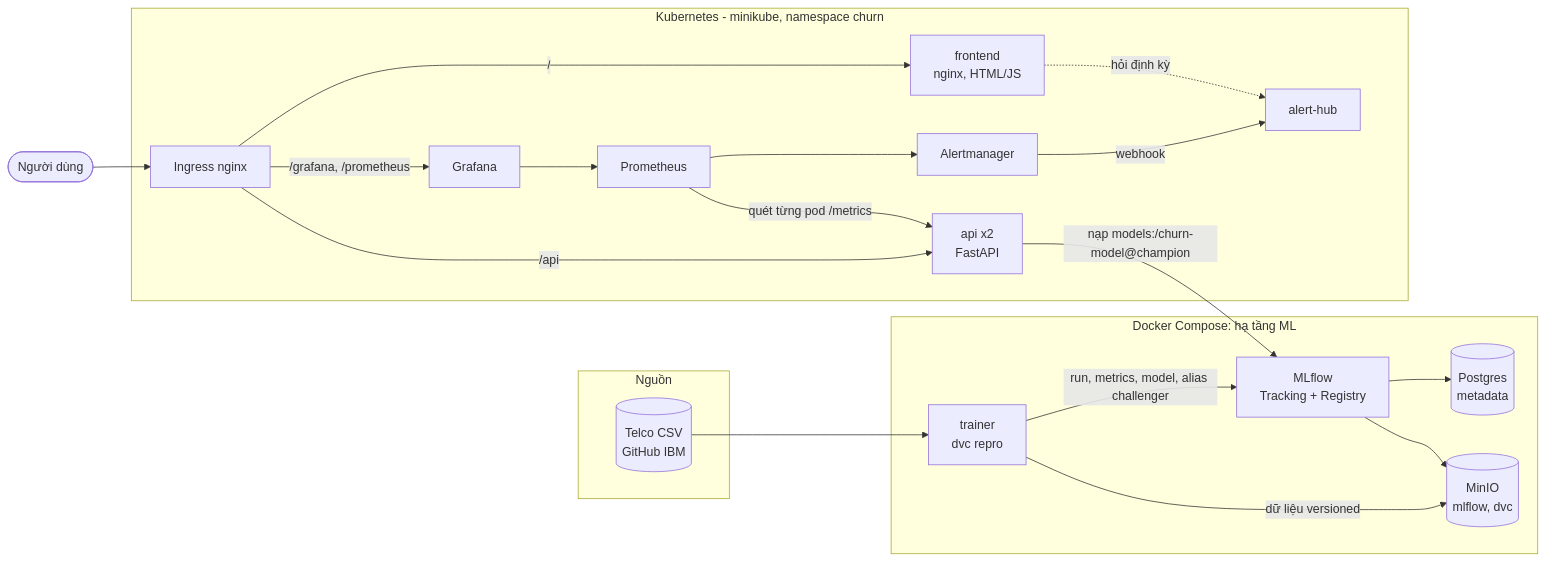
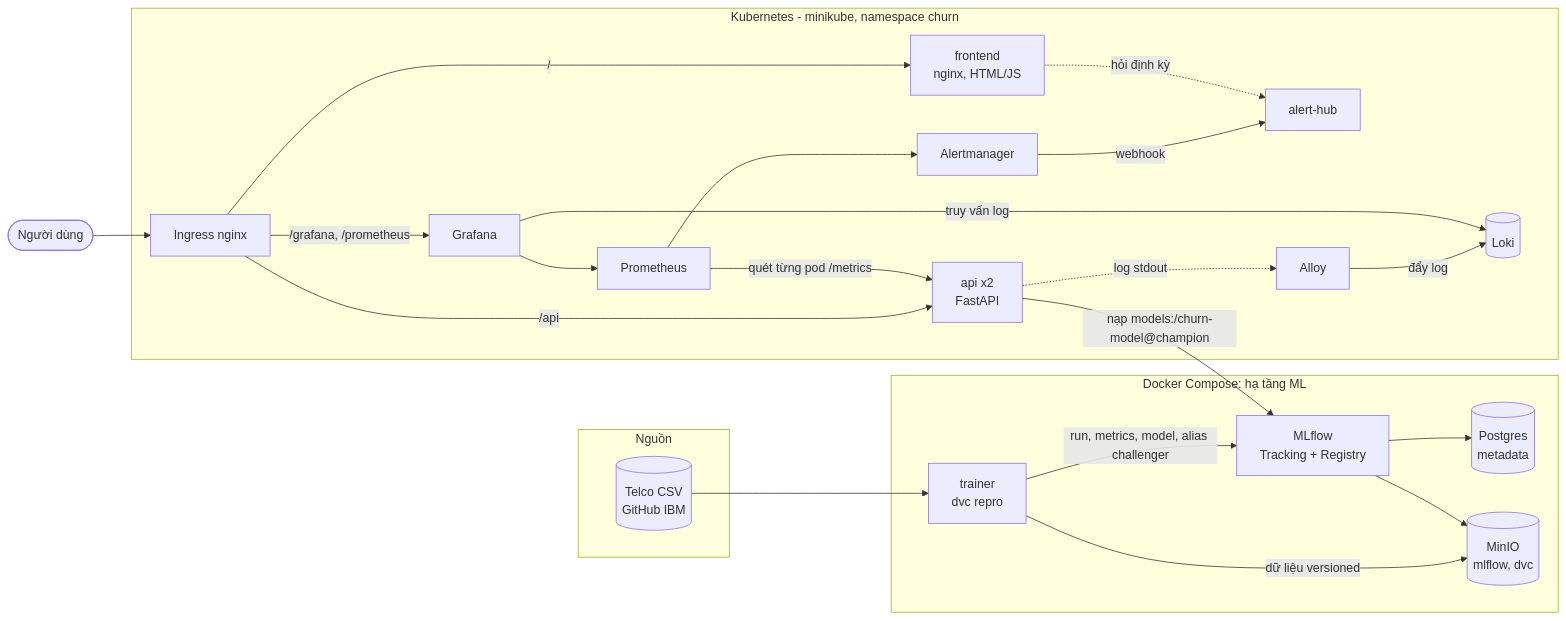
The first of 3 diagrams in ARCHITECTURE.md (locnp13/ddm501-final), drawn with Mermaid before and after one commit. The commit also changed other lines of this file and 14 other files, not shown here.

First line of the commit message:
Central logs: Loki and Grafana Alloy, Loki datasource and Churn: Log dashboard

````diff
--- a/ARCHITECTURE.md
+++ b/ARCHITECTURE.md
@@ -19,35 +19,40 @@
 ```mermaid
 flowchart LR
   subgraph SRC[Nguồn]
     CSV[(Telco CSV<br/>GitHub IBM)]
   end
   subgraph DC[Docker Compose: hạ tầng ML]
     TR[trainer<br/>dvc repro]
     ML[MLflow<br/>Tracking + Registry]
     PG[(Postgres<br/>metadata)]
     MN[(MinIO<br/>mlflow, dvc)]
   end
   subgraph K8S[Kubernetes - minikube, namespace churn]
     ING[Ingress nginx]
     FE[frontend<br/>nginx, HTML/JS]
     API[api x2<br/>FastAPI]
     PR[Prometheus]
     AM[Alertmanager]
     HUB[alert-hub]
     GF[Grafana]
+    AL[Alloy]
+    LK[(Loki)]
   end
   U([Người dùng]) --> ING
   ING -->|/| FE
   ING -->|/api| API
   ING -->|/grafana, /prometheus| GF
   CSV --> TR
   TR -->|run, metrics, model, alias challenger| ML
   TR -->|dữ liệu versioned| MN
   ML --> PG
   ML --> MN
   API -->|nạp models:/churn-model@champion| ML
+  API -.->|log stdout| AL
+  AL -->|đẩy log| LK
+  GF -->|truy vấn log| LK
   PR -->|quét từng pod /metrics| API
   PR --> AM -->|webhook| HUB
   GF --> PR
   FE -.->|hỏi định kỳ| HUB
 ```
````
